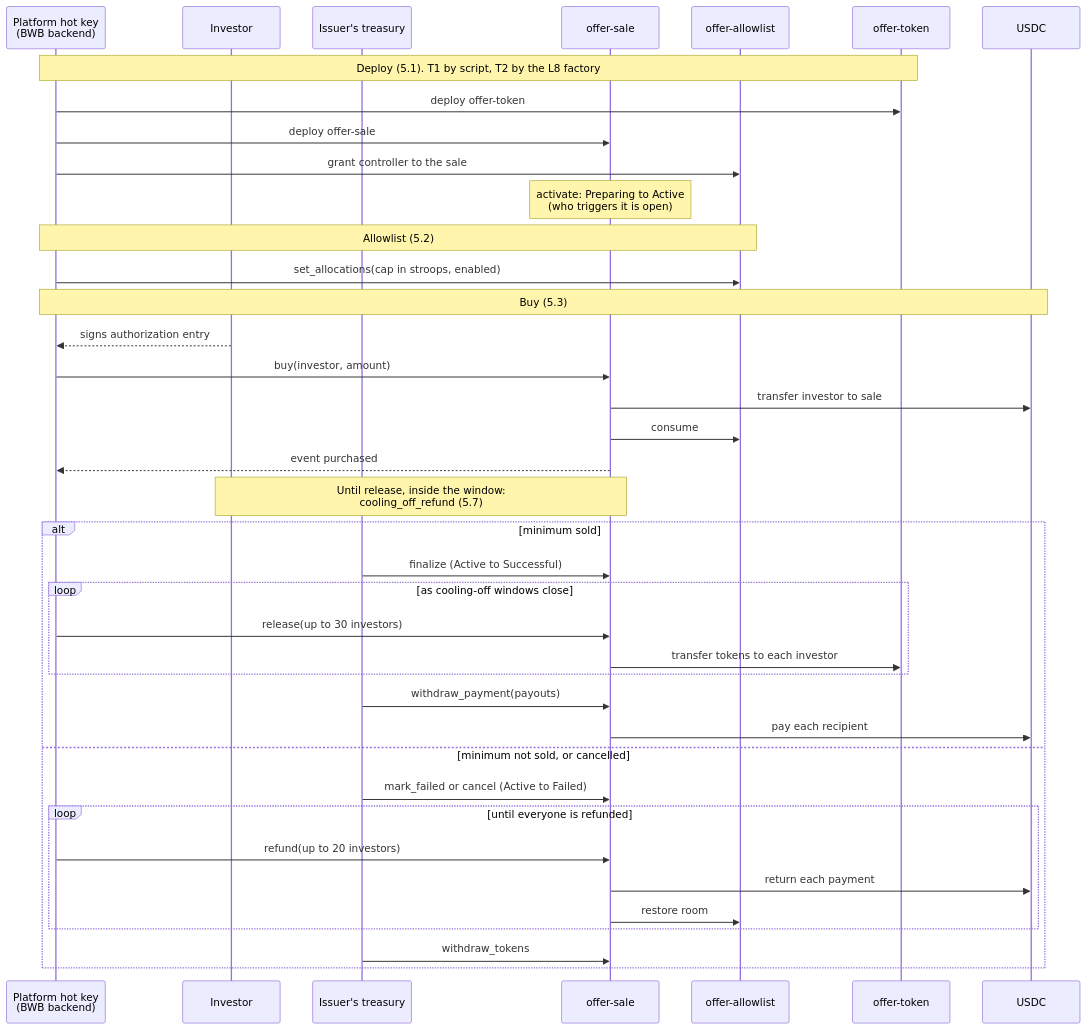
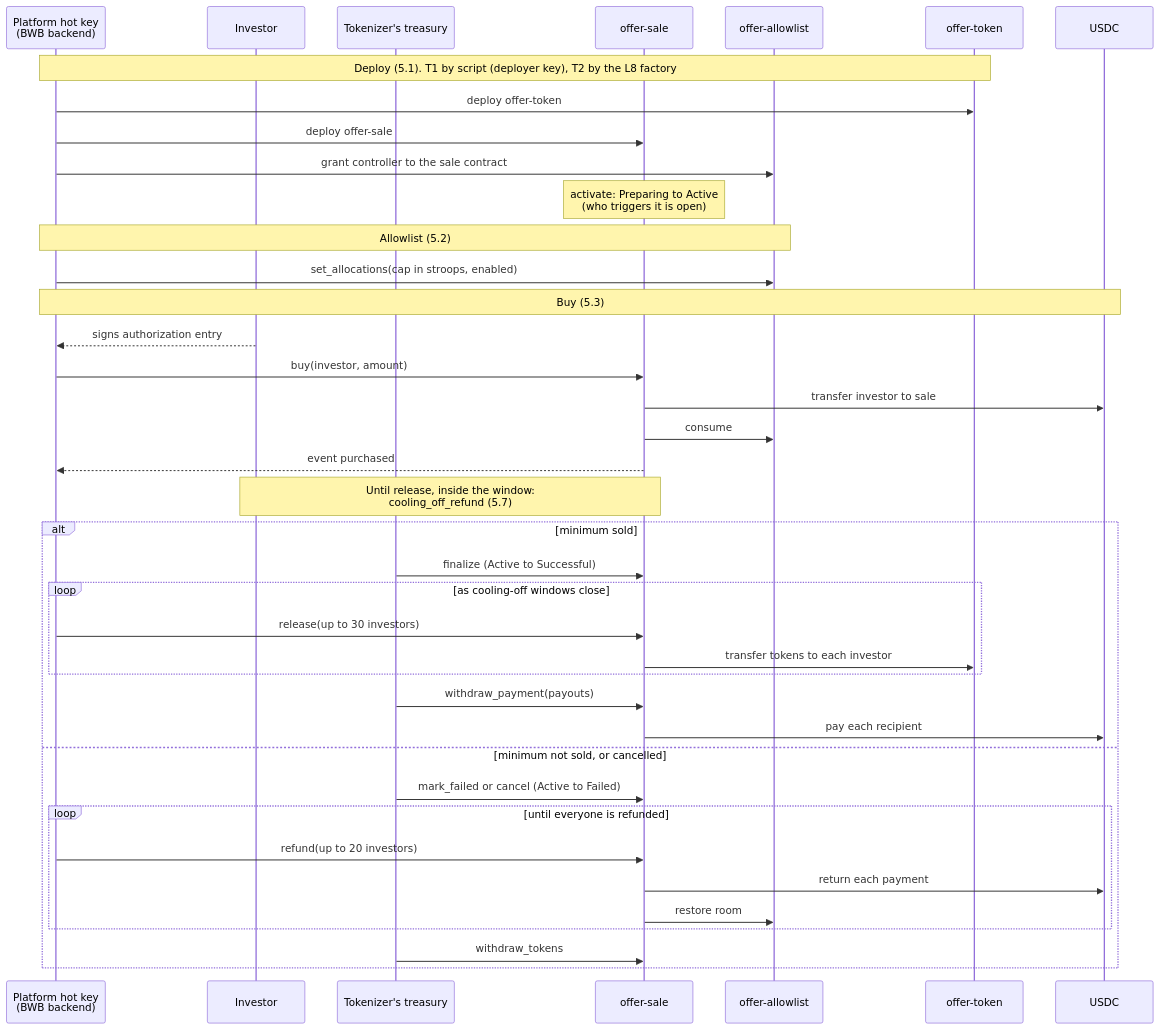
The first of 2 diagrams in docs/interface.md (BWB-Labs/bwb-stellar), drawn with Mermaid before and after one commit. The commit also changed other lines of this file and 3 other files, not shown here.

````diff
--- a/docs/interface.md
+++ b/docs/interface.md
@@ -78,45 +78,45 @@
 ```mermaid
 sequenceDiagram
   participant HK as Platform hot key<br/>(BWB backend)
   participant INV as Investor
-  participant IT as Issuer's treasury
+  participant IT as Tokenizer's treasury
   participant S as offer-sale
   participant A as offer-allowlist
   participant T as offer-token
   participant U as USDC
 
-  Note over HK,T: Deploy (5.1). T1 by script, T2 by the L8 factory
+  Note over HK,T: Deploy (5.1). T1 by script (deployer key), T2 by the L8 factory
   HK->>T: deploy offer-token
   HK->>S: deploy offer-sale
-  HK->>A: grant controller to the sale
+  HK->>A: grant controller to the sale contract
   Note over S: activate: Preparing to Active<br/>(who triggers it is open)
 
   Note over HK,A: Allowlist (5.2)
   HK->>A: set_allocations(cap in stroops, enabled)
 
   Note over HK,U: Buy (5.3)
   INV-->>HK: signs authorization entry
   HK->>S: buy(investor, amount)
   S->>U: transfer investor to sale
   S->>A: consume
   S-->>HK: event purchased
   Note over INV,S: Until release, inside the window:<br/>cooling_off_refund (5.7)
 
   alt minimum sold
     IT->>S: finalize (Active to Successful)
     loop as cooling-off windows close
       HK->>S: release(up to 30 investors)
       S->>T: transfer tokens to each investor
     end
     IT->>S: withdraw_payment(payouts)
     S->>U: pay each recipient
   else minimum not sold, or cancelled
     IT->>S: mark_failed or cancel (Active to Failed)
     loop until everyone is refunded
       HK->>S: refund(up to 20 investors)
       S->>U: return each payment
       S->>A: restore room
     end
     IT->>S: withdraw_tokens
   end
 ```
````
